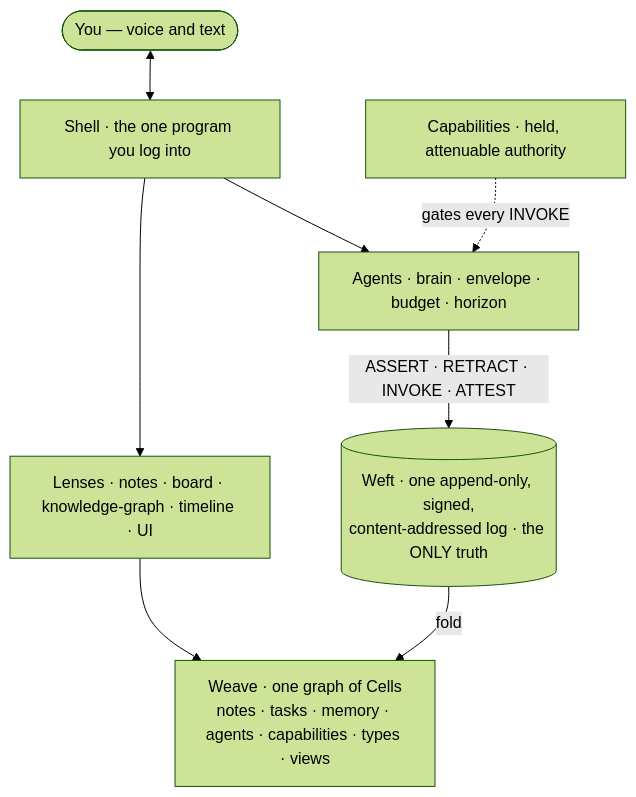
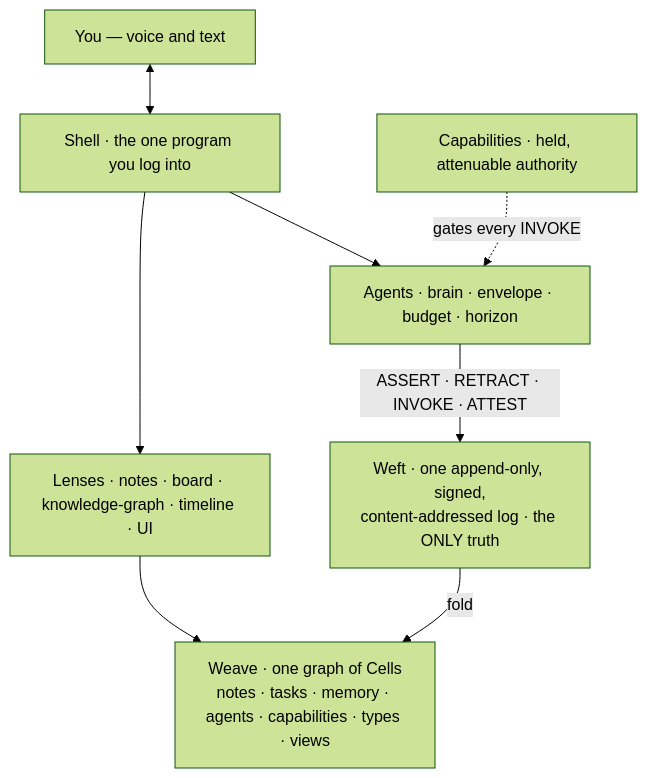
Before and after one commit to Judgernaut777/Decima: the first of 4 diagrams in README.md, drawn with Mermaid (forest theme). The commit also changed other lines of this file, not shown here.

First line of the commit message:
docs: fix mermaid rendering — quote all node/edge labels, ASCII arrows

````diff
--- a/README.md
+++ b/README.md
@@ -20,10 +20,10 @@
 ```mermaid
 flowchart TB
-    U([You — voice and text]) <--> S[Shell · the one program you log into]
-    S --> P[Lenses · notes · board · knowledge-graph · timeline · UI]
-    P --> W[Weave · one graph of Cells<br/>notes · tasks · memory · agents · capabilities · types · views]
-    L[(Weft · one append-only, signed,<br/>content-addressed log · the ONLY truth)] -->|fold| W
-    S --> A[Agents · brain · envelope · budget · horizon]
-    C[Capabilities · held, attenuable authority] -. gates every INVOKE .-> A
-    A -->|ASSERT · RETRACT · INVOKE · ATTEST| L
+    U["You — voice and text"] <--> S["Shell · the one program you log into"]
+    S --> P["Lenses · notes · board · knowledge-graph · timeline · UI"]
+    P --> W["Weave · one graph of Cells<br/>notes · tasks · memory · agents · capabilities · types · views"]
+    L["Weft · one append-only, signed,<br/>content-addressed log · the ONLY truth"] -->|fold| W
+    S --> A["Agents · brain · envelope · budget · horizon"]
+    C["Capabilities · held, attenuable authority"] -.->|"gates every INVOKE"| A
+    A -->|"ASSERT · RETRACT · INVOKE · ATTEST"| L
 ```
````
